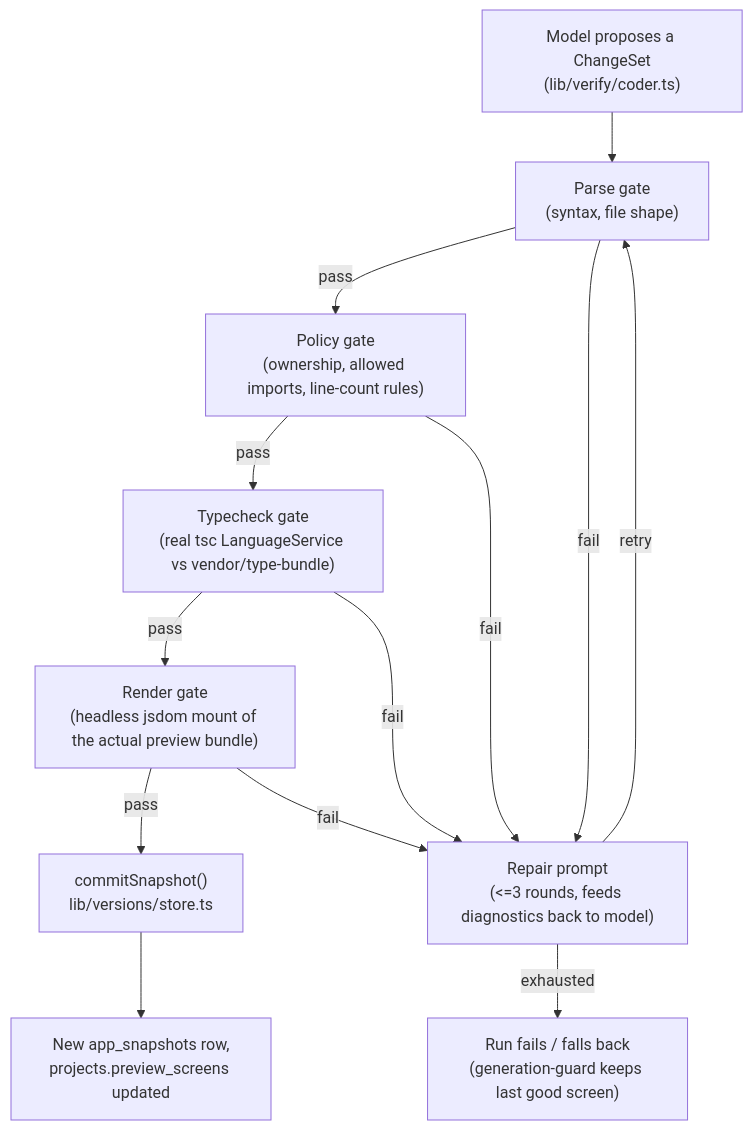
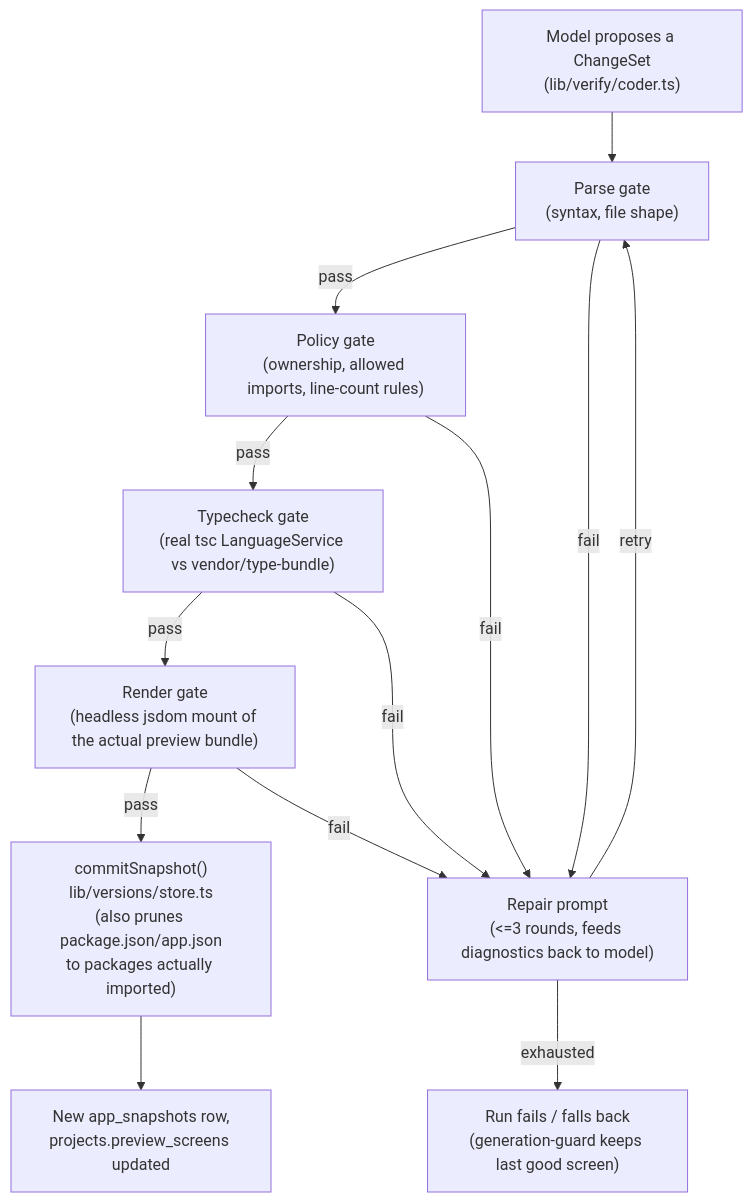
Before and after one commit to pranav589/ai-app-builder: the third of 7 diagrams in docs/architecture.md, drawn with Mermaid. The commit also changed other lines of this file and 4 other files, not shown here.

````diff
--- a/docs/architecture.md
+++ b/docs/architecture.md
@@ -156,15 +156,15 @@
 ```mermaid
 flowchart TD
     Start["Model proposes a ChangeSet\n(lib/verify/coder.ts)"] --> Parse
     Parse["Parse gate\n(syntax, file shape)"] -->|pass| Policy
     Parse -->|fail| Repair
     Policy["Policy gate\n(ownership, allowed imports, line-count rules)"] -->|pass| Typecheck
     Policy -->|fail| Repair
     Typecheck["Typecheck gate\n(real tsc LanguageService vs vendor/type-bundle)"] -->|pass| Render
     Typecheck -->|fail| Repair
     Render["Render gate\n(headless jsdom mount of the actual preview bundle)"] -->|pass| Commit
     Render -->|fail| Repair
     Repair["Repair prompt\n(<=3 rounds, feeds diagnostics back to model)"] -->|retry| Parse
     Repair -->|exhausted| Fail["Run fails / falls back\n(generation-guard keeps last good screen)"]
-    Commit["commitSnapshot()\nlib/versions/store.ts"] --> Done["New app_snapshots row,\nprojects.preview_screens updated"]
+    Commit["commitSnapshot()\nlib/versions/store.ts\n(also prunes package.json/app.json\nto packages actually imported)"] --> Done["New app_snapshots row,\nprojects.preview_screens updated"]
 ```
````
